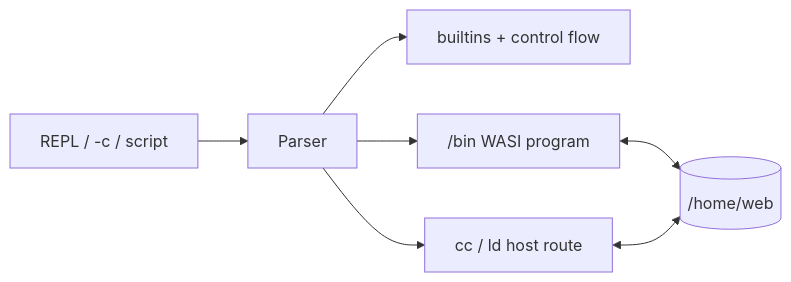
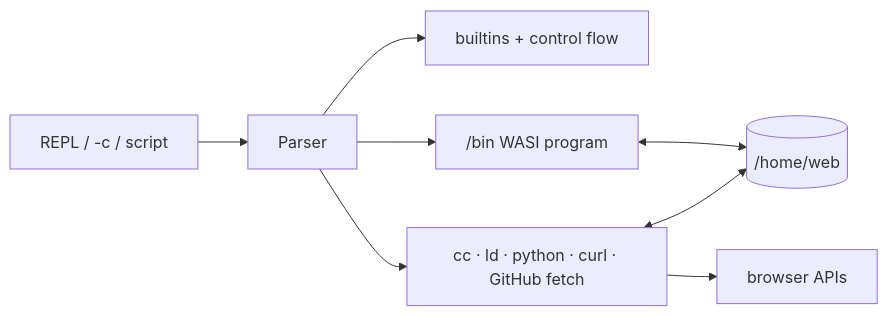
Before and after one commit to daugasauron/piodide: the diagram in docs/slop.md, drawn with Mermaid. The commit also changed other lines of this file and 37 other files, not shown here.

Commit message:
feat: make browser git compatible and script-safe

````diff
--- a/docs/slop.md
+++ b/docs/slop.md
@@ -11,9 +11,10 @@
 ```mermaid
 flowchart LR
   Script["REPL / -c / script"] --> Parser
   Parser --> Builtins["builtins + control flow"]
   Parser --> Child["/bin WASI program"]
-  Parser --> Toolchain["cc / ld host route"]
+  Parser --> Host["cc · ld · python · curl · GitHub fetch"]
   Child <--> FS[("/home/web")]
-  Toolchain <--> FS
+  Host <--> FS
+  Host --> Browser["browser APIs"]
 ```
````
